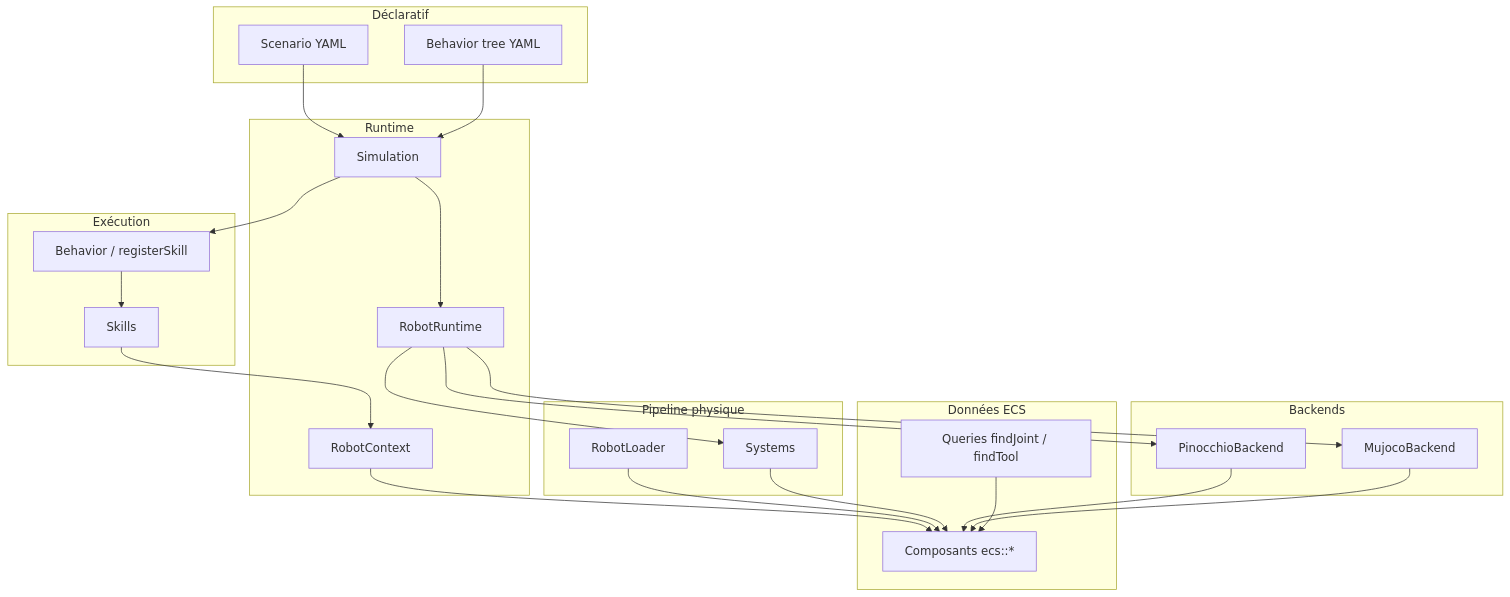
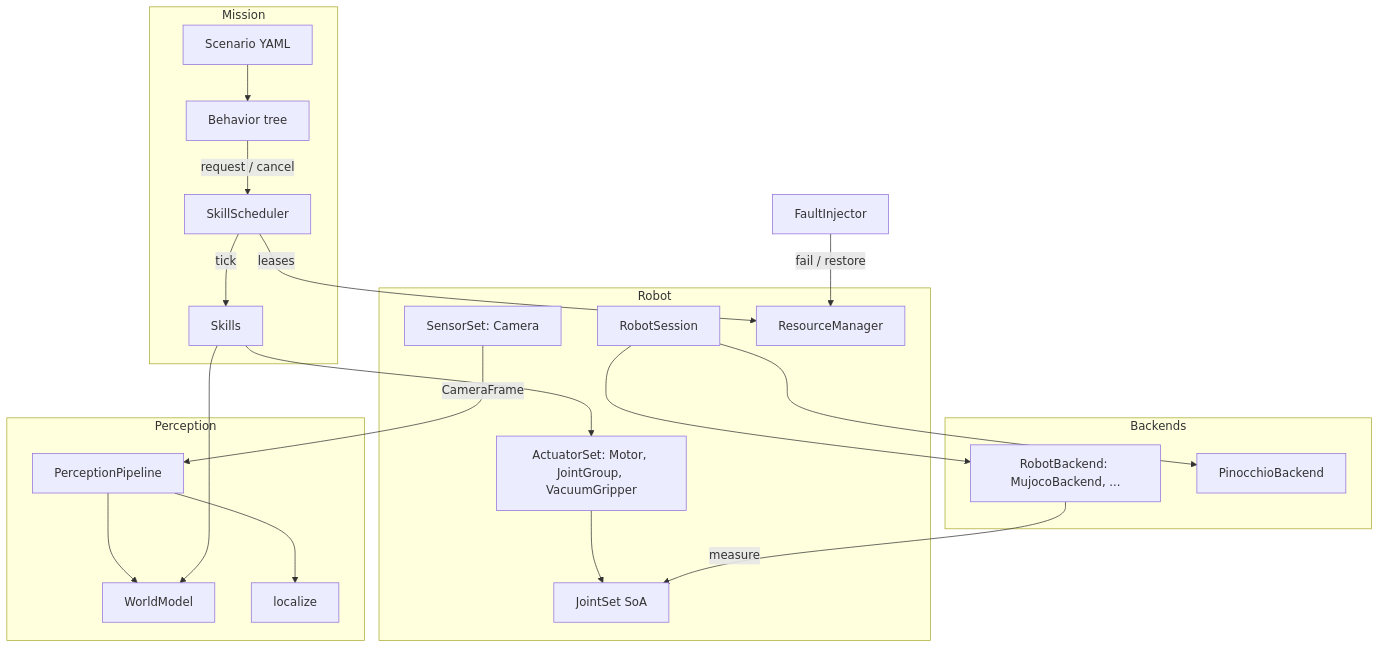
Before and after one commit to Lecrapouille/Robotik: the diagram in doc/Architecture-Robotik.md, drawn with Mermaid. The commit also changed other lines of this file and 128 other files, not shown here.

````diff
--- a/doc/Architecture-Robotik.md
+++ b/doc/Architecture-Robotik.md
@@ -9,49 +9,43 @@
 ```mermaid
 flowchart TB
-  subgraph declaratif [Déclaratif]
+  subgraph mission [Mission]
     SC[Scenario YAML]
-    BT[Behavior tree YAML]
+    BT[Behavior tree]
+    SCH[SkillScheduler]
+    SK[Skills]
   end
 
-  subgraph runtime [Runtime]
-    SIM[Simulation]
-    RT[RobotRuntime]
-    CTX[RobotContext]
+  subgraph robot [Robot]
+    RS[RobotSession]
+    JS[JointSet SoA]
+    SEN[SensorSet: Camera]
+    ACT[ActuatorSet: Motor, JointGroup, VacuumGripper]
+    RES[ResourceManager]
   end
 
-  subgraph execution [Exécution]
-    SK[Skills]
-    BN[Behavior / registerSkill]
+  subgraph perception [Perception]
+    PP[PerceptionPipeline]
+    WM[WorldModel]
+    LOC[localize]
   end
 
-  subgraph data [Données ECS]
-    ECS[Composants ecs::*]
-    Q[Queries findJoint / findTool]
+  subgraph backends [Backends]
+    RB[RobotBackend: MujocoBackend, ...]
+    PIN[PinocchioBackend]
   end
 
-  subgraph adapters [Backends]
-    PIN[PinocchioBackend]
-    MUJ[MujocoBackend]
-  end
-
-  subgraph pipeline [Pipeline physique]
-    SYS[Systems]
-    LOAD[RobotLoader]
-  end
-
-  SC --> SIM
-  BT --> SIM
-  SIM --> RT
-  SIM --> BN
-  BN --> SK
-  SK --> CTX
-  CTX --> ECS
-  RT --> PIN
-  RT --> MUJ
-  RT --> SYS
-  LOAD --> ECS
-  SYS --> ECS
-  PIN --> ECS
-  MUJ --> ECS
-  Q --> ECS
+  SC --> BT
+  BT -->|request / cancel| SCH
+  SCH -->|leases| RES
+  SCH -->|tick| SK
+  SK --> ACT
+  ACT --> JS
+  RS --> RB
+  RB -->|measure| JS
+  RS --> PIN
+  SEN -->|CameraFrame| PP
+  PP --> WM
+  PP --> LOC
+  SK --> WM
+  FI[FaultInjector] -->|fail / restore| RES
 ```
````
